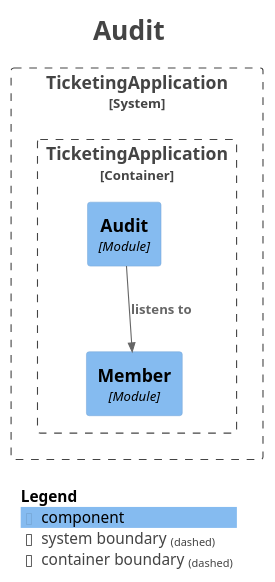
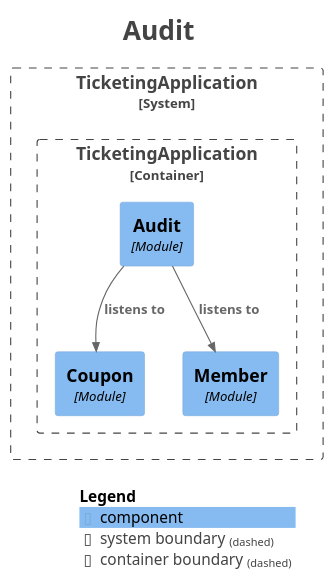
One commit to jkonury/ticketing changed the diagram in docs/modulith/module-audit.puml. Above: the diagram before and after it, drawn with PlantUML. The commit also changed 22 other files, not shown here.

```diff
--- a/docs/modulith/module-audit.puml
+++ b/docs/modulith/module-audit.puml
@@ -1,30 +1,32 @@
 @startuml
 title <size:24>Audit</size>
 
 set separator none
 top to bottom direction
 
 <style>
   root {
     BackgroundColor: #ffffff
     FontColor: #444444
   }
 </style>
 
 !include <C4/C4>
 !include <C4/C4_Context>
 !include <C4/C4_Component>
 
 System_Boundary("TicketingApplication_boundary", "TicketingApplication", $tags="") {
   Container_Boundary("TicketingApplication.TicketingApplication_boundary", "TicketingApplication", $tags="") {
+    Component(TicketingApplication.TicketingApplication.Coupon, "Coupon", $techn="Module", $descr="", $tags="", $link="")
     Component(TicketingApplication.TicketingApplication.Member, "Member", $techn="Module", $descr="", $tags="", $link="")
     Component(TicketingApplication.TicketingApplication.Audit, "Audit", $techn="Module", $descr="", $tags="", $link="")
   }
 
 }
 
+Rel(TicketingApplication.TicketingApplication.Audit, TicketingApplication.TicketingApplication.Coupon, "listens to", $techn="", $tags="", $link="")
 Rel(TicketingApplication.TicketingApplication.Audit, TicketingApplication.TicketingApplication.Member, "listens to", $techn="", $tags="", $link="")
 
 SHOW_LEGEND(true)
 hide stereotypes
 @enduml
```
